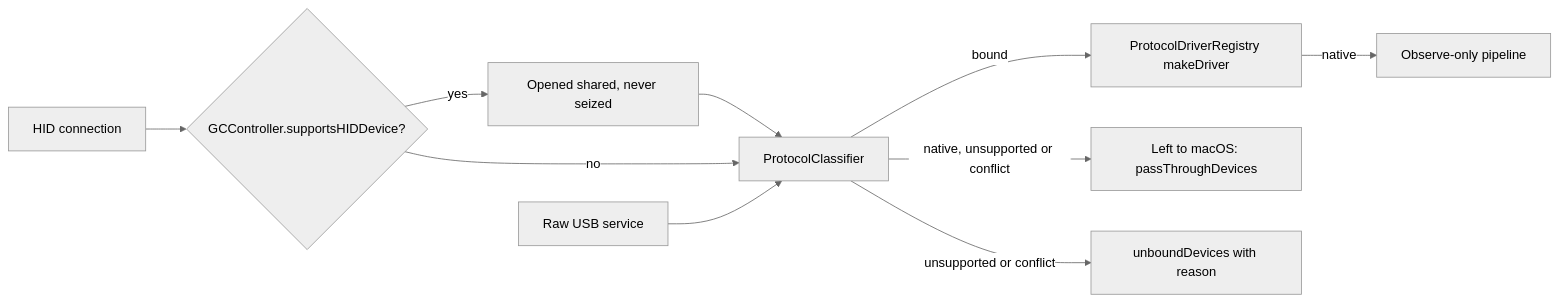
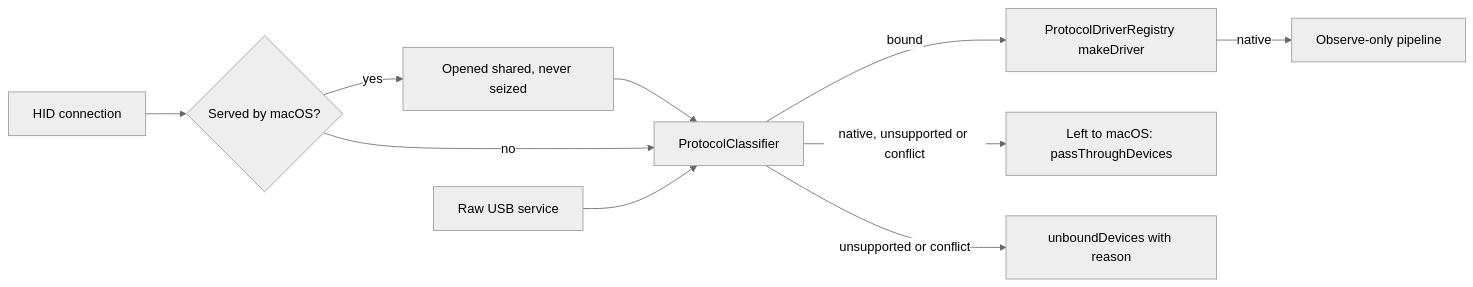
The fourth of 5 diagrams in docs/development/architecture.md (xsyetopz/OpenJoystickDriver), drawn with Mermaid (neutral theme) before and after one commit. The commit also changed other lines of this file and 29 other files, not shown here.

````diff
--- a/docs/development/architecture.md
+++ b/docs/development/architecture.md
@@ -98,12 +98,12 @@
 ```mermaid
 flowchart LR
-  A[HID connection] --> B{GCController.supportsHIDDevice?}
+  A[HID connection] --> B{Served by macOS?}
   B -->|yes| C[Opened shared, never seized]
   C --> D[ProtocolClassifier]
   B -->|no| D
   E[Raw USB service] --> D
   D -->|bound| F[ProtocolDriverRegistry makeDriver]
   D -->|native, unsupported or conflict| G[Left to macOS: passThroughDevices]
   D -->|unsupported or conflict| H[unboundDevices with reason]
   F -->|native| I[Observe-only pipeline]
 ```
````
